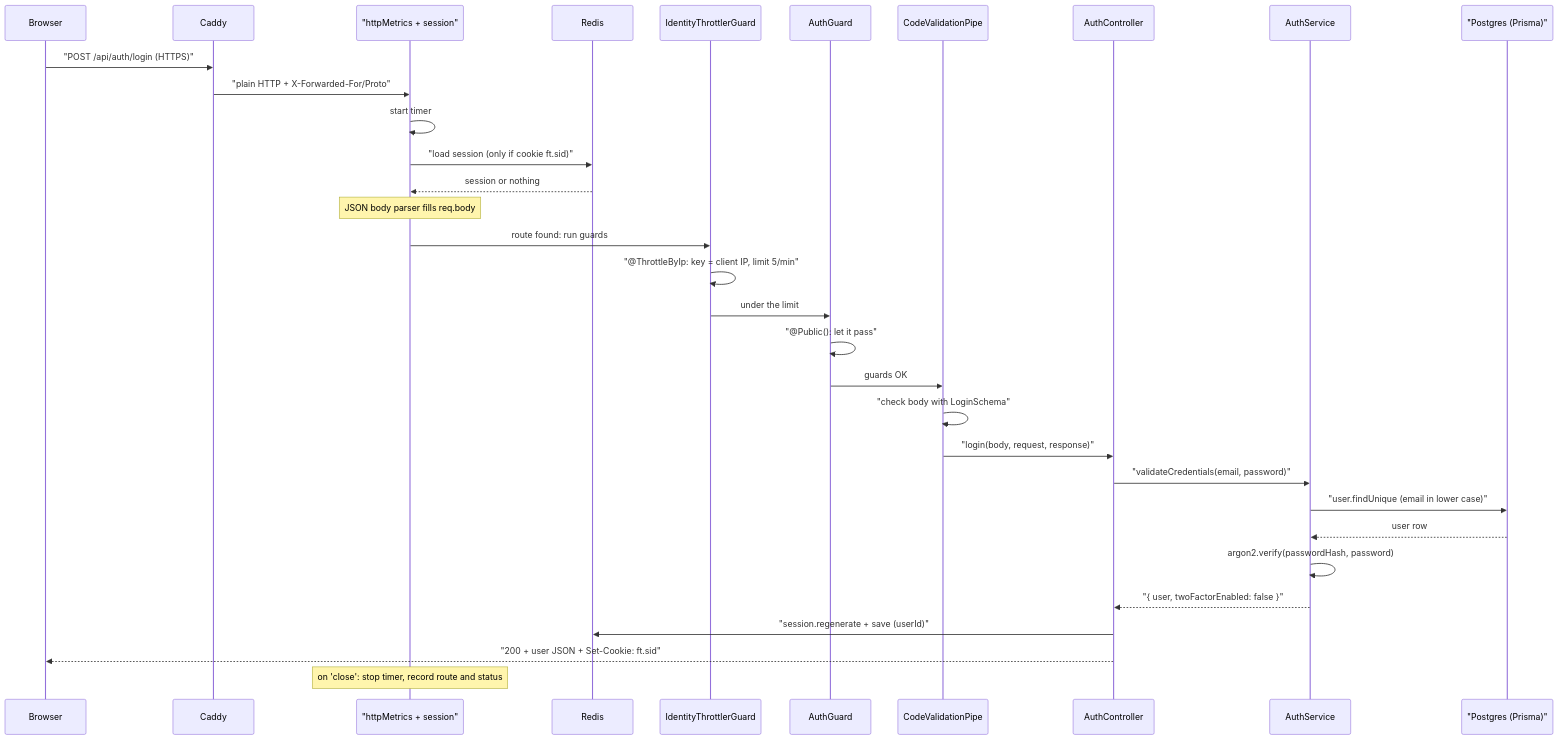
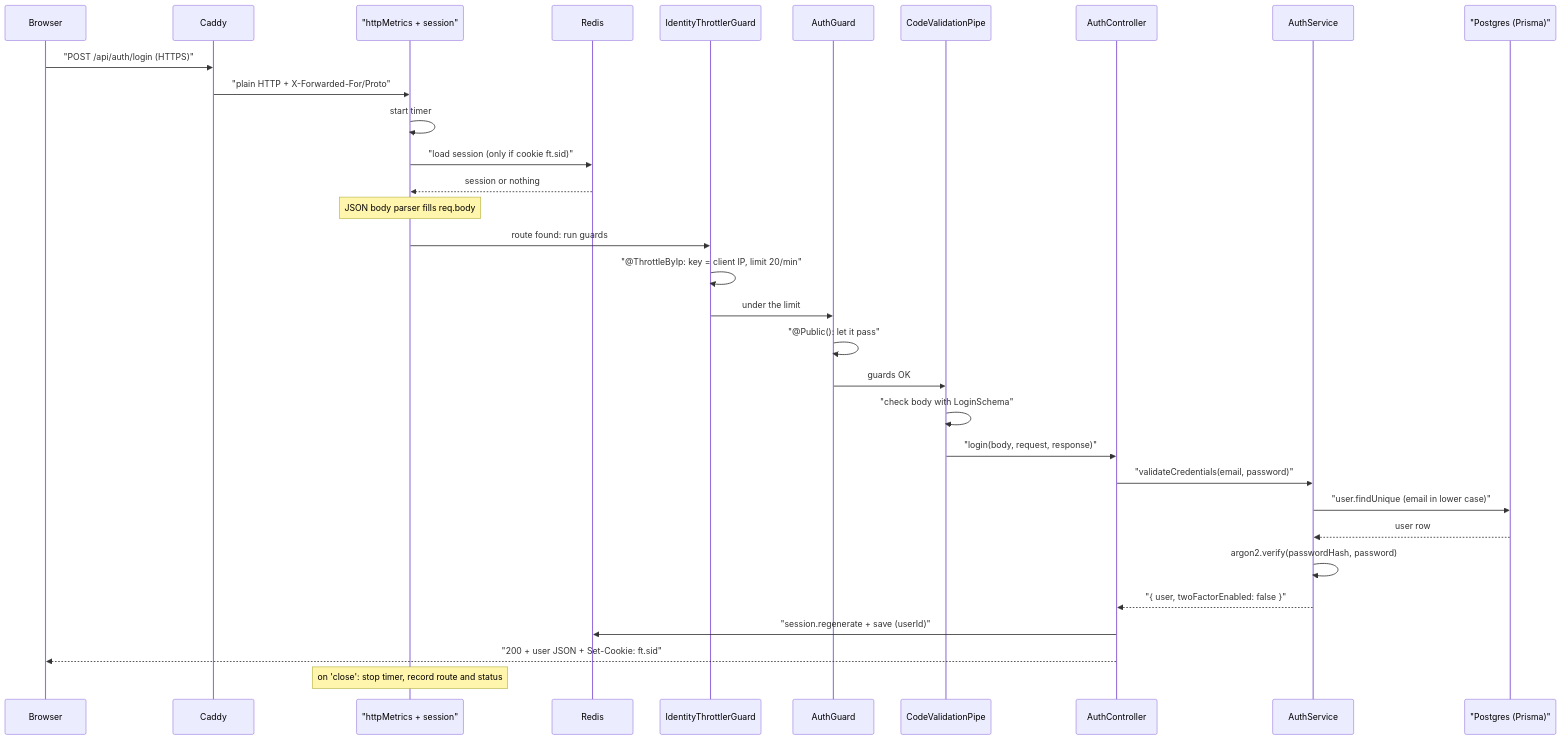
The sixth of 7 diagrams in docs/api/02-boot-and-request-flow.md (VictorBro/ft_transcendence), drawn with Mermaid before and after one commit. The commit also changed other lines of this file and 223 other files, not shown here.

````diff
--- a/docs/api/02-boot-and-request-flow.md
+++ b/docs/api/02-boot-and-request-flow.md
@@ -600,35 +601,35 @@
 ```mermaid
 sequenceDiagram
     participant B as Browser
     participant C as Caddy
     participant MW as "httpMetrics + session"
     participant R as Redis
     participant TG as IdentityThrottlerGuard
     participant AG as AuthGuard
     participant P as CodeValidationPipe
     participant CT as AuthController
     participant S as AuthService
     participant DB as "Postgres (Prisma)"
 
     B->>C: "POST /api/auth/login (HTTPS)"
     C->>MW: "plain HTTP + X-Forwarded-For/Proto"
     MW->>MW: start timer
     MW->>R: "load session (only if cookie ft.sid)"
     R-->>MW: session or nothing
     Note over MW: JSON body parser fills req.body
     MW->>TG: route found: run guards
-    TG->>TG: "@ThrottleByIp: key = client IP, limit 5/min"
+    TG->>TG: "@ThrottleByIp: key = client IP, limit 20/min"
     TG->>AG: under the limit
     AG->>AG: "@Public(): let it pass"
     AG->>P: guards OK
     P->>P: "check body with LoginSchema"
     P->>CT: "login(body, request, response)"
     CT->>S: "validateCredentials(email, password)"
     S->>DB: "user.findUnique (email in lower case)"
     DB-->>S: user row
     S->>S: argon2.verify(passwordHash, password)
     S-->>CT: "{ user, twoFactorEnabled: false }"
     CT->>R: "session.regenerate + save (userId)"
     CT-->>B: "200 + user JSON + Set-Cookie: ft.sid"
     Note over MW: on 'close': stop timer, record route and status
 ```
````
